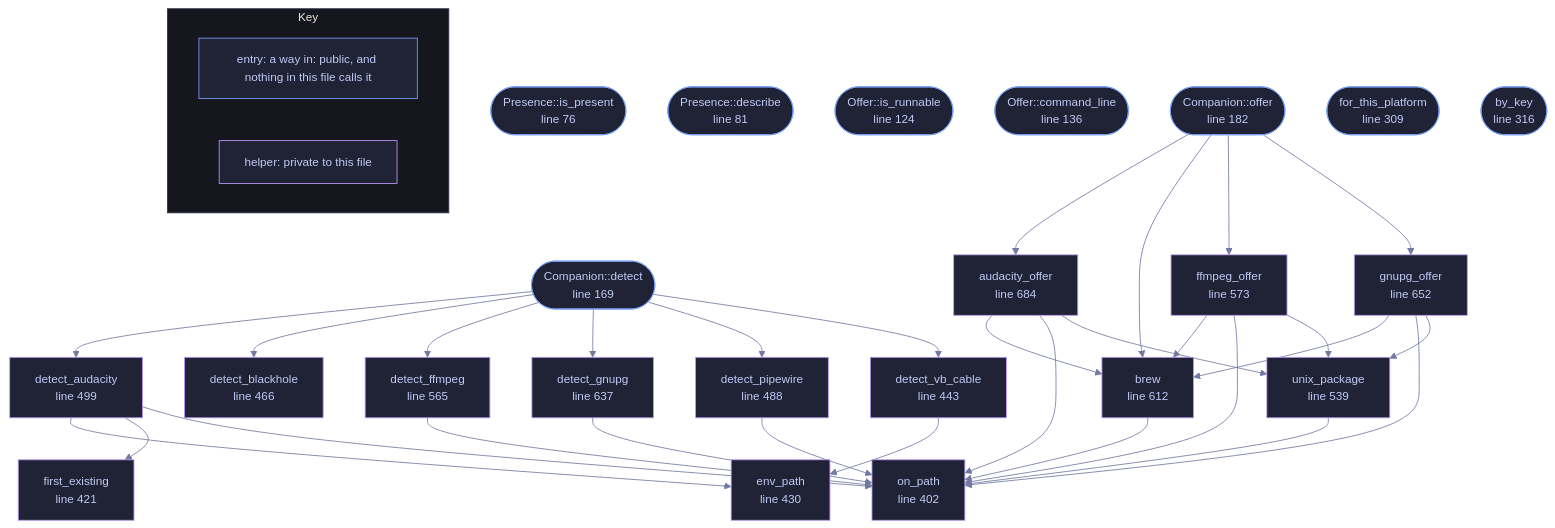
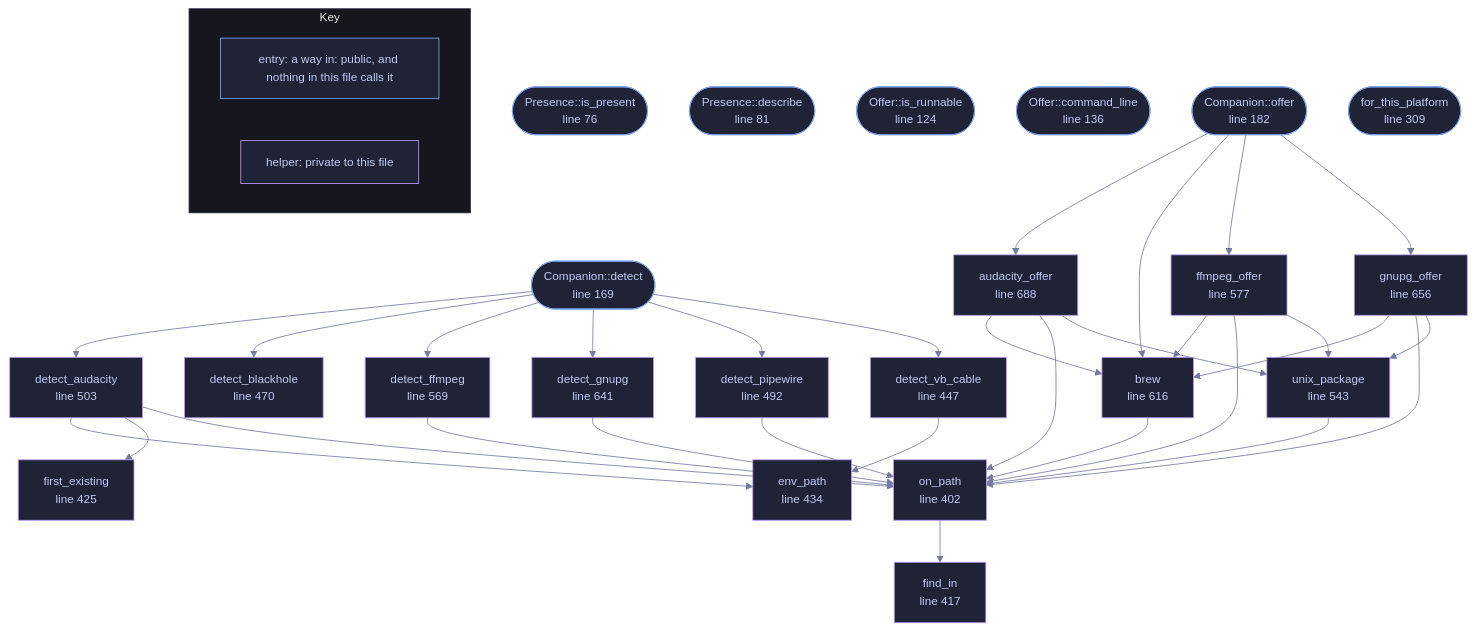
Before and after one commit to tilas01/veilvoice: the diagram in docs/files/veilvoice-setup/companions.md, drawn with Mermaid. The commit also changed other lines of this file and 514 other files, not shown here.

```diff
--- a/docs/files/veilvoice-setup/companions.md
+++ b/docs/files/veilvoice-setup/companions.md
@@ -130,21 +130,21 @@
     n_detect(["Companion::detect<br/>line 169"])
     n_offer(["Companion::offer<br/>line 182"])
     n_for_this_platform(["for_this_platform<br/>line 309"])
-    n_by_key(["by_key<br/>line 316"])
     n_on_path["on_path<br/>line 402"]
-    n_first_existing["first_existing<br/>line 421"]
-    n_env_path["env_path<br/>line 430"]
-    n_detect_vb_cable["detect_vb_cable<br/>line 443"]
-    n_detect_blackhole["detect_blackhole<br/>line 466"]
-    n_detect_pipewire["detect_pipewire<br/>line 488"]
-    n_detect_audacity["detect_audacity<br/>line 499"]
-    n_unix_package["unix_package<br/>line 539"]
-    n_detect_ffmpeg["detect_ffmpeg<br/>line 565"]
-    n_ffmpeg_offer["ffmpeg_offer<br/>line 573"]
-    n_brew["brew<br/>line 612"]
-    n_detect_gnupg["detect_gnupg<br/>line 637"]
-    n_gnupg_offer["gnupg_offer<br/>line 652"]
-    n_audacity_offer["audacity_offer<br/>line 684"]
+    n_find_in["find_in<br/>line 417"]
+    n_first_existing["first_existing<br/>line 425"]
+    n_env_path["env_path<br/>line 434"]
+    n_detect_vb_cable["detect_vb_cable<br/>line 447"]
+    n_detect_blackhole["detect_blackhole<br/>line 470"]
+    n_detect_pipewire["detect_pipewire<br/>line 492"]
+    n_detect_audacity["detect_audacity<br/>line 503"]
+    n_unix_package["unix_package<br/>line 543"]
+    n_detect_ffmpeg["detect_ffmpeg<br/>line 569"]
+    n_ffmpeg_offer["ffmpeg_offer<br/>line 577"]
+    n_brew["brew<br/>line 616"]
+    n_detect_gnupg["detect_gnupg<br/>line 641"]
+    n_gnupg_offer["gnupg_offer<br/>line 656"]
+    n_audacity_offer["audacity_offer<br/>line 688"]
     n_audacity_offer --> n_brew
     n_audacity_offer --> n_on_path
     n_audacity_offer --> n_unix_package
@@ -172,6 +172,7 @@
     n_offer --> n_brew
     n_offer --> n_ffmpeg_offer
     n_offer --> n_gnupg_offer
+    n_on_path --> n_find_in
     n_unix_package --> n_on_path
     click n_is_present href "https://github.com/tilas01/veilvoice/blob/main/crates/veilvoice-setup/src/companions.rs#L76" "open the source"
     click n_describe href "https://github.com/tilas01/veilvoice/blob/main/crates/veilvoice-setup/src/companions.rs#L81" "open the source"
@@ -180,25 +181,25 @@
     click n_detect href "https://github.com/tilas01/veilvoice/blob/main/crates/veilvoice-setup/src/companions.rs#L169" "open the source"
     click n_offer href "https://github.com/tilas01/veilvoice/blob/main/crates/veilvoice-setup/src/companions.rs#L182" "open the source"
     click n_for_this_platform href "https://github.com/tilas01/veilvoice/blob/main/crates/veilvoice-setup/src/companions.rs#L309" "open the source"
-    click n_by_key href "https://github.com/tilas01/veilvoice/blob/main/crates/veilvoice-setup/src/companions.rs#L316" "open the source"
     click n_on_path href "https://github.com/tilas01/veilvoice/blob/main/crates/veilvoice-setup/src/companions.rs#L402" "open the source"
-    click n_first_existing href "https://github.com/tilas01/veilvoice/blob/main/crates/veilvoice-setup/src/companions.rs#L421" "open the source"
-    click n_env_path href "https://github.com/tilas01/veilvoice/blob/main/crates/veilvoice-setup/src/companions.rs#L430" "open the source"
-    click n_detect_vb_cable href "https://github.com/tilas01/veilvoice/blob/main/crates/veilvoice-setup/src/companions.rs#L443" "open the source"
-    click n_detect_blackhole href "https://github.com/tilas01/veilvoice/blob/main/crates/veilvoice-setup/src/companions.rs#L466" "open the source"
-    click n_detect_pipewire href "https://github.com/tilas01/veilvoice/blob/main/crates/veilvoice-setup/src/companions.rs#L488" "open the source"
-    click n_detect_audacity href "https://github.com/tilas01/veilvoice/blob/main/crates/veilvoice-setup/src/companions.rs#L499" "open the source"
-    click n_unix_package href "https://github.com/tilas01/veilvoice/blob/main/crates/veilvoice-setup/src/companions.rs#L539" "open the source"
-    click n_detect_ffmpeg href "https://github.com/tilas01/veilvoice/blob/main/crates/veilvoice-setup/src/companions.rs#L565" "open the source"
-    click n_ffmpeg_offer href "https://github.com/tilas01/veilvoice/blob/main/crates/veilvoice-setup/src/companions.rs#L573" "open the source"
-    click n_brew href "https://github.com/tilas01/veilvoice/blob/main/crates/veilvoice-setup/src/companions.rs#L612" "open the source"
-    click n_detect_gnupg href "https://github.com/tilas01/veilvoice/blob/main/crates/veilvoice-setup/src/companions.rs#L637" "open the source"
-    click n_gnupg_offer href "https://github.com/tilas01/veilvoice/blob/main/crates/veilvoice-setup/src/companions.rs#L652" "open the source"
-    click n_audacity_offer href "https://github.com/tilas01/veilvoice/blob/main/crates/veilvoice-setup/src/companions.rs#L684" "open the source"
+    click n_find_in href "https://github.com/tilas01/veilvoice/blob/main/crates/veilvoice-setup/src/companions.rs#L417" "open the source"
+    click n_first_existing href "https://github.com/tilas01/veilvoice/blob/main/crates/veilvoice-setup/src/companions.rs#L425" "open the source"
+    click n_env_path href "https://github.com/tilas01/veilvoice/blob/main/crates/veilvoice-setup/src/companions.rs#L434" "open the source"
+    click n_detect_vb_cable href "https://github.com/tilas01/veilvoice/blob/main/crates/veilvoice-setup/src/companions.rs#L447" "open the source"
+    click n_detect_blackhole href "https://github.com/tilas01/veilvoice/blob/main/crates/veilvoice-setup/src/companions.rs#L470" "open the source"
+    click n_detect_pipewire href "https://github.com/tilas01/veilvoice/blob/main/crates/veilvoice-setup/src/companions.rs#L492" "open the source"
+    click n_detect_audacity href "https://github.com/tilas01/veilvoice/blob/main/crates/veilvoice-setup/src/companions.rs#L503" "open the source"
+    click n_unix_package href "https://github.com/tilas01/veilvoice/blob/main/crates/veilvoice-setup/src/companions.rs#L543" "open the source"
+    click n_detect_ffmpeg href "https://github.com/tilas01/veilvoice/blob/main/crates/veilvoice-setup/src/companions.rs#L569" "open the source"
+    click n_ffmpeg_offer href "https://github.com/tilas01/veilvoice/blob/main/crates/veilvoice-setup/src/companions.rs#L577" "open the source"
+    click n_brew href "https://github.com/tilas01/veilvoice/blob/main/crates/veilvoice-setup/src/companions.rs#L616" "open the source"
+    click n_detect_gnupg href "https://github.com/tilas01/veilvoice/blob/main/crates/veilvoice-setup/src/companions.rs#L641" "open the source"
+    click n_gnupg_offer href "https://github.com/tilas01/veilvoice/blob/main/crates/veilvoice-setup/src/companions.rs#L656" "open the source"
+    click n_audacity_offer href "https://github.com/tilas01/veilvoice/blob/main/crates/veilvoice-setup/src/companions.rs#L688" "open the source"
     classDef entry fill:#1f2335,stroke:#7aa2f7,color:#c0caf5
-    class n_is_present,n_describe,n_is_runnable,n_command_line,n_detect,n_offer,n_for_this_platform,n_by_key entry
+    class n_is_present,n_describe,n_is_runnable,n_command_line,n_detect,n_offer,n_for_this_platform entry
     classDef helper fill:#1f2335,stroke:#bb9af7,color:#c0caf5
-    class n_on_path,n_first_existing,n_env_path,n_detect_vb_cable,n_detect_blackhole,n_detect_pipewire,n_detect_audacity,n_unix_package,n_detect_ffmpeg,n_ffmpeg_offer,n_brew,n_detect_gnupg,n_gnupg_offer,n_audacity_offer helper
+    class n_on_path,n_find_in,n_first_existing,n_env_path,n_detect_vb_cable,n_detect_blackhole,n_detect_pipewire,n_detect_audacity,n_unix_package,n_detect_ffmpeg,n_ffmpeg_offer,n_brew,n_detect_gnupg,n_gnupg_offer,n_audacity_offer helper
     subgraph chart_key ["Key"]
         direction LR
         key_entry["entry: a way in: public, and nothing in this file calls it"]
```
